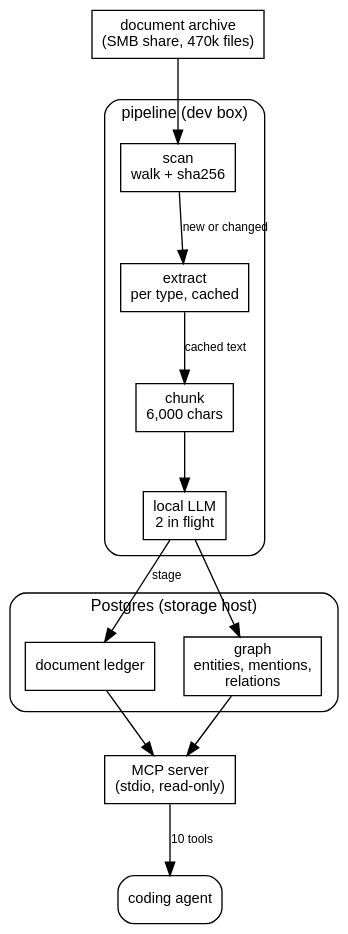
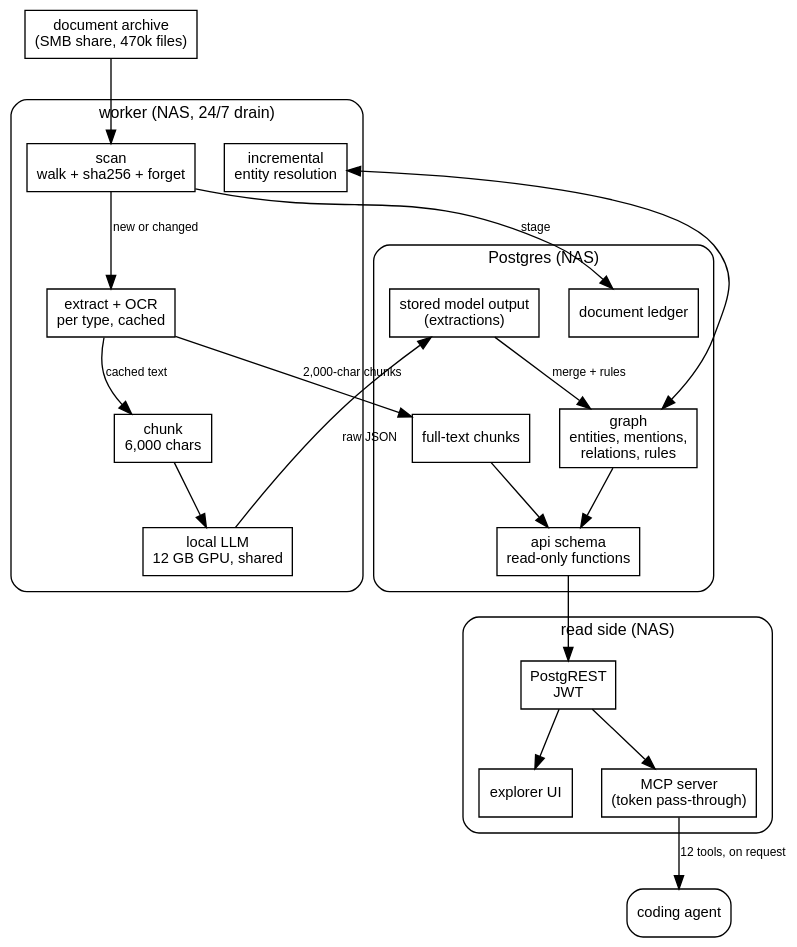
The first of 4 diagrams in src/content/docs/reference/personal-knowledge-graph-local-llm.mdx (erfianugrah/lexicanum), drawn with Graphviz before and after one commit. The commit also changed other lines of this file, not shown here.

Commit message:
docs(mnemosyne): whole pipeline end to end - entity resolution, query layer, full-text search, MCP, explorer, LAN exposure, CI, mistakes and what caught them, the Calibre removal, phase C

````diff
--- a/src/content/docs/reference/personal-knowledge-graph-local-llm.mdx
+++ b/src/content/docs/reference/personal-knowledge-graph-local-llm.mdx
@@ -41,37 +32,53 @@
 ```dot
 digraph {
   rankdir=TB; bgcolor="transparent"; nodesep=0.3; ranksep=0.6;
   fontname="Helvetica,Arial,sans-serif";
   node [fontname="Helvetica,Arial,sans-serif", fontsize=11, shape=box];
   edge [fontname="Helvetica,Arial,sans-serif", fontsize=9];
 
   archive [label="document archive\n(SMB share, 470k files)"];
 
-  subgraph cluster_pipeline {
-    label="pipeline (dev box)"; style=rounded; fontsize=12; margin=12;
-    scan [label="scan\nwalk + sha256"];
-    extract [label="extract\nper type, cached"];
+  subgraph cluster_worker {
+    label="worker (NAS, 24/7 drain)"; style=rounded; fontsize=12; margin=12;
+    scan [label="scan\nwalk + sha256 + forget"];
+    extract [label="extract + OCR\nper type, cached"];
     chunk [label="chunk\n6,000 chars"];
-    llm [label="local LLM\n2 in flight"];
+    llm [label="local LLM\n12 GB GPU, shared"];
+    er [label="incremental\nentity resolution"];
   }
 
   subgraph cluster_store {
-    label="Postgres (storage host)"; style=rounded; fontsize=12; margin=12;
+    label="Postgres (NAS)"; style=rounded; fontsize=12; margin=12;
     ledger [label="document ledger"];
-    graphdb [label="graph\nentities, mentions,\nrelations"];
+    fts [label="full-text chunks"];
+    extractions [label="stored model output\n(extractions)"];
+    graphdb [label="graph\nentities, mentions,\nrelations, rules"];
+    apis [label="api schema\nread-only functions"];
   }
 
-  mcp [label="MCP server\n(stdio, read-only)"];
+  subgraph cluster_read {
+    label="read side (NAS)"; style=rounded; fontsize=12; margin=12;
+    rest [label="PostgREST\nJWT"];
+    web [label="explorer UI"];
+    mcp [label="MCP server\n(token pass-through)"];
+  }
+
   agent [label="coding agent", style=rounded];
 
   archive -> scan;
   scan -> extract [label="new or changed"];
+  extract -> fts [label="2,000-char chunks"];
   extract -> chunk [label="cached text"];
   chunk -> llm;
-  llm -> graphdb;
-  llm -> ledger [label="stage"];
-  graphdb -> mcp;
-  ledger -> mcp;
-  mcp -> agent [label="10 tools"];
+  llm -> extractions [label="raw JSON"];
+  extractions -> graphdb [label="merge + rules"];
+  graphdb -> er [dir=both];
+  scan -> ledger [label="stage"];
+  graphdb -> apis;
+  fts -> apis;
+  apis -> rest;
+  rest -> web;
+  rest -> mcp;
+  mcp -> agent [label="12 tools, on request"];
 }
 ```
````
